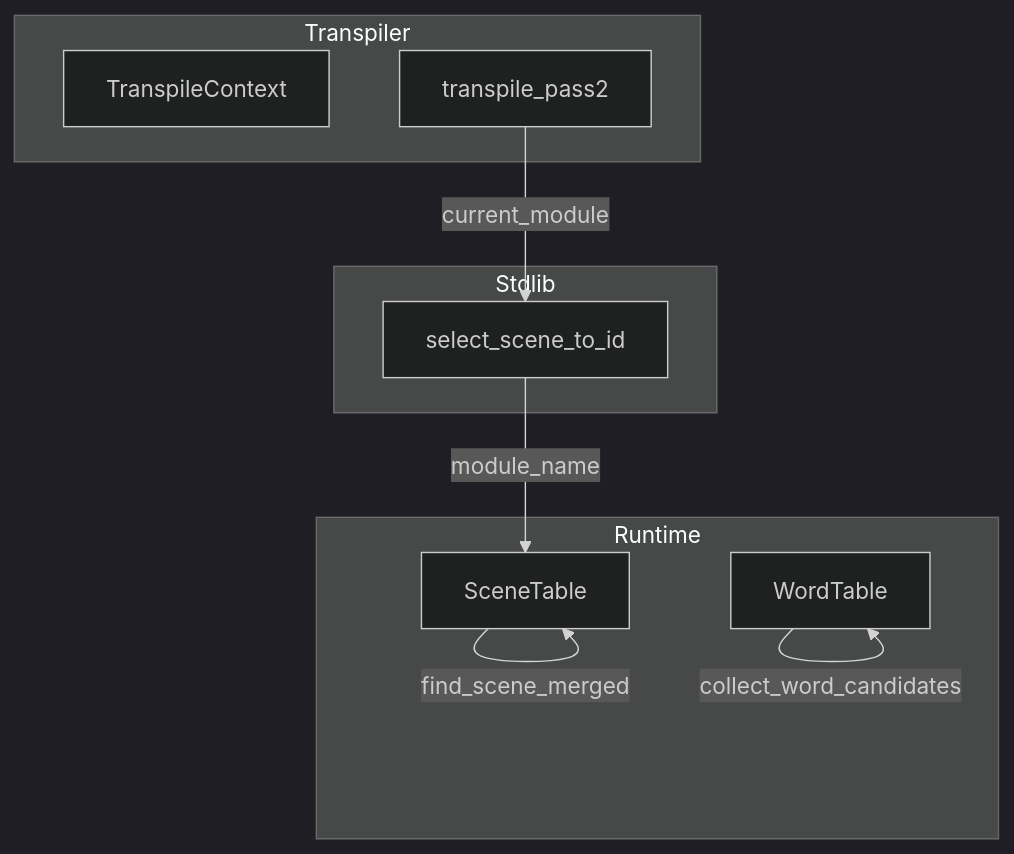
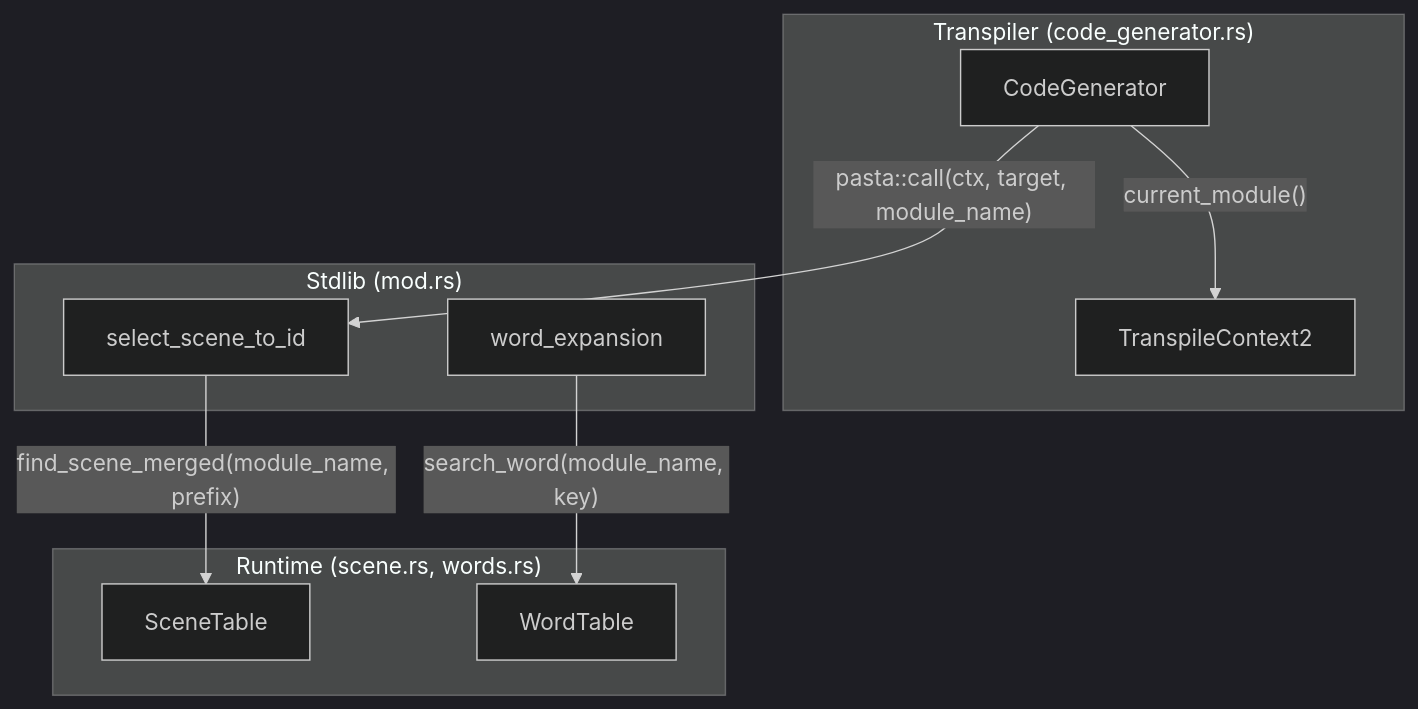
Before and after one commit to ekicyou/pasta: the first of 2 diagrams in .kiro/specs/call-unified-scope-resolution/design.md, drawn with Mermaid (dark theme). The commit also changed other lines of this file, not shown here.

Commit message:
docs(design): 設計検証レポート反映 - find_scene_merged pseudo-code、キャッシュ無効化戦略、API シグネチャ詳細化

````diff
--- a/.kiro/specs/call-unified-scope-resolution/design.md
+++ b/.kiro/specs/call-unified-scope-resolution/design.md
@@ -37,21 +44,22 @@
 ```mermaid
 graph TB
-    subgraph Transpiler
-        TC[TranspileContext]
-        Pass2[transpile_pass2]
+    subgraph Transpiler["Transpiler (code_generator.rs)"]
+        CG[CodeGenerator]
+        CTX[TranspileContext2]
     end
     
-    subgraph Runtime
+    subgraph Runtime["Runtime (scene.rs, words.rs)"]
         ST[SceneTable]
         WT[WordTable]
     end
     
-    subgraph Stdlib
+    subgraph Stdlib["Stdlib (mod.rs)"]
         SSI[select_scene_to_id]
+        WE[word_expansion]
     end
     
-    Pass2 -->|current_module| SSI
-    SSI -->|module_name| ST
-    ST -->|find_scene_merged| ST
-    WT -->|collect_word_candidates| WT
+    CG -->|"current_module()"| CTX
+    CG -->|"pasta::call(ctx, target, module_name)"| SSI
+    SSI -->|"find_scene_merged(module_name, prefix)"| ST
+    WE -->|"search_word(module_name, key)"| WT
 ```
````
